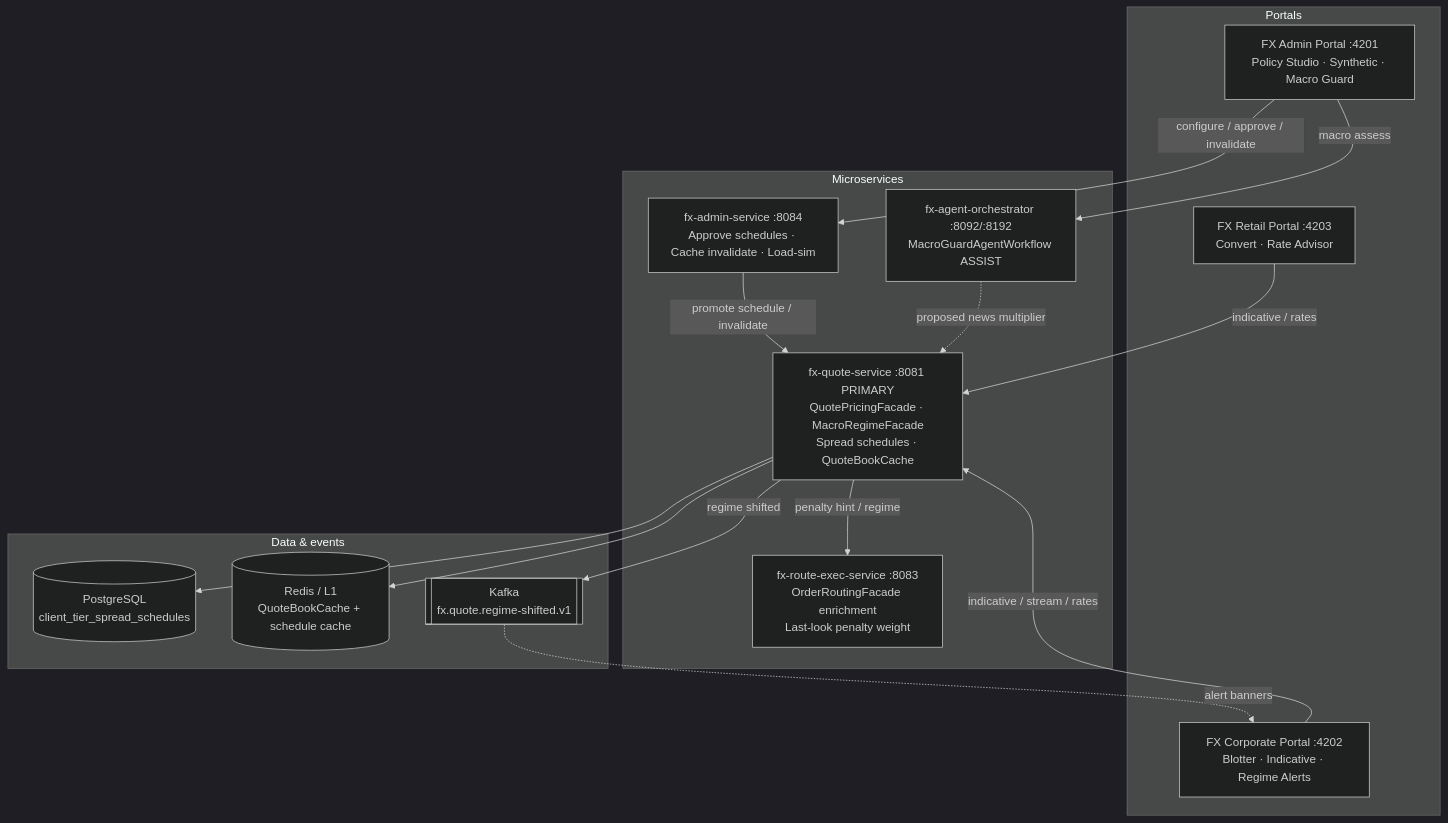
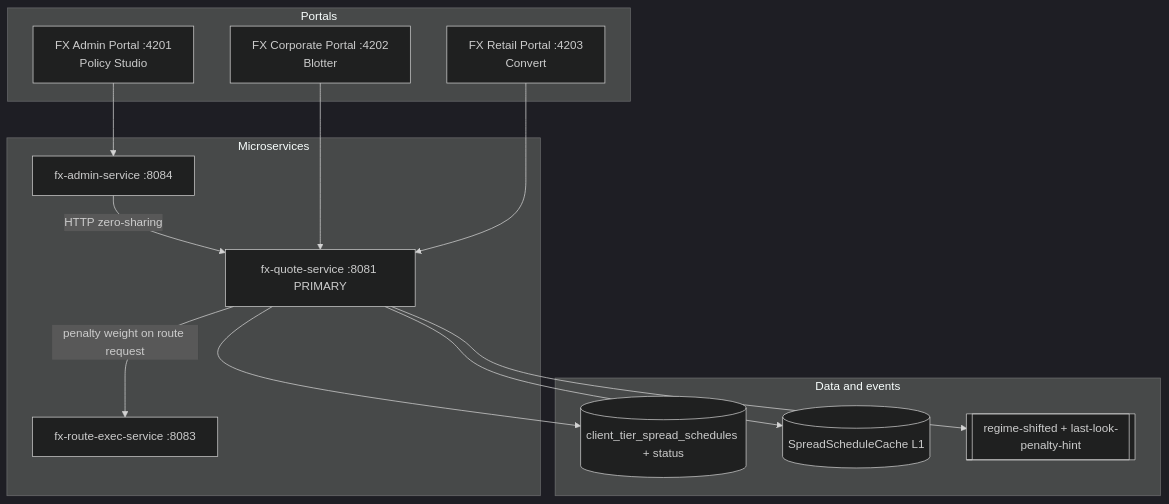
Before and after one commit to javakishore-veleti/FX-Dynamic-Liquidity-Smart-Order-Engine: the diagram in Docs/Requirements/FunctionalRequirement-01.md, drawn with Mermaid (dark theme). The commit also changed other lines of this file and 25 other files, not shown here.

````diff
--- a/Docs/Requirements/FunctionalRequirement-01.md
+++ b/Docs/Requirements/FunctionalRequirement-01.md
@@ -49,34 +43,29 @@
 ```mermaid
 flowchart TB
   subgraph portals [Portals]
-    ADMIN["FX Admin Portal :4201\nPolicy Studio · Synthetic · Macro Guard"]
-    CORP["FX Corporate Portal :4202\nBlotter · Indicative · Regime Alerts"]
-    RETAIL["FX Retail Portal :4203\nConvert · Rate Advisor"]
+    ADMIN["FX Admin Portal :4201\nPolicy Studio"]
+    CORP["FX Corporate Portal :4202\nBlotter"]
+    RETAIL["FX Retail Portal :4203\nConvert"]
   end
 
   subgraph services [Microservices]
-    ADM["fx-admin-service :8084\nApprove schedules · Cache invalidate · Load-sim"]
-    QTE["fx-quote-service :8081 PRIMARY\nQuotePricingFacade · MacroRegimeFacade\nSpread schedules · QuoteBookCache"]
-    AGT["fx-agent-orchestrator :8092/:8192\nMacroGuardAgentWorkflow ASSIST"]
-    RTE["fx-route-exec-service :8083\nOrderRoutingFacade enrichment\nLast-look penalty weight"]
+    ADM["fx-admin-service :8084"]
+    QTE["fx-quote-service :8081 PRIMARY"]
+    RTE["fx-route-exec-service :8083"]
   end
 
-  subgraph data [Data & events]
-    PG[("PostgreSQL\nclient_tier_spread_schedules")]
-    REDIS[("Redis / L1\nQuoteBookCache + schedule cache")]
-    KAFKA[["Kafka\nfx.quote.regime-shifted.v1"]]
+  subgraph data [Data and events]
+    PG[("client_tier_spread_schedules + status")]
+    CACHE[("SpreadScheduleCache L1")]
+    KAFKA[["regime-shifted + last-look-penalty-hint"]]
   end
 
-  ADMIN -->|configure / approve / invalidate| ADM
-  ADMIN -->|macro assess| AGT
-  CORP -->|indicative / stream / rates| QTE
-  RETAIL -->|indicative / rates| QTE
-
-  ADM -->|promote schedule / invalidate| QTE
-  AGT -.->|proposed news multiplier| QTE
+  ADMIN --> ADM
+  ADM -->|HTTP zero-sharing| QTE
+  CORP --> QTE
+  RETAIL --> QTE
   QTE --> PG
-  QTE --> REDIS
-  QTE -->|regime shifted| KAFKA
-  QTE -->|penalty hint / regime| RTE
-  KAFKA -.->|alert banners| CORP
+  QTE --> CACHE
+  QTE --> KAFKA
+  QTE -->|penalty weight on route request| RTE
 ```
````
